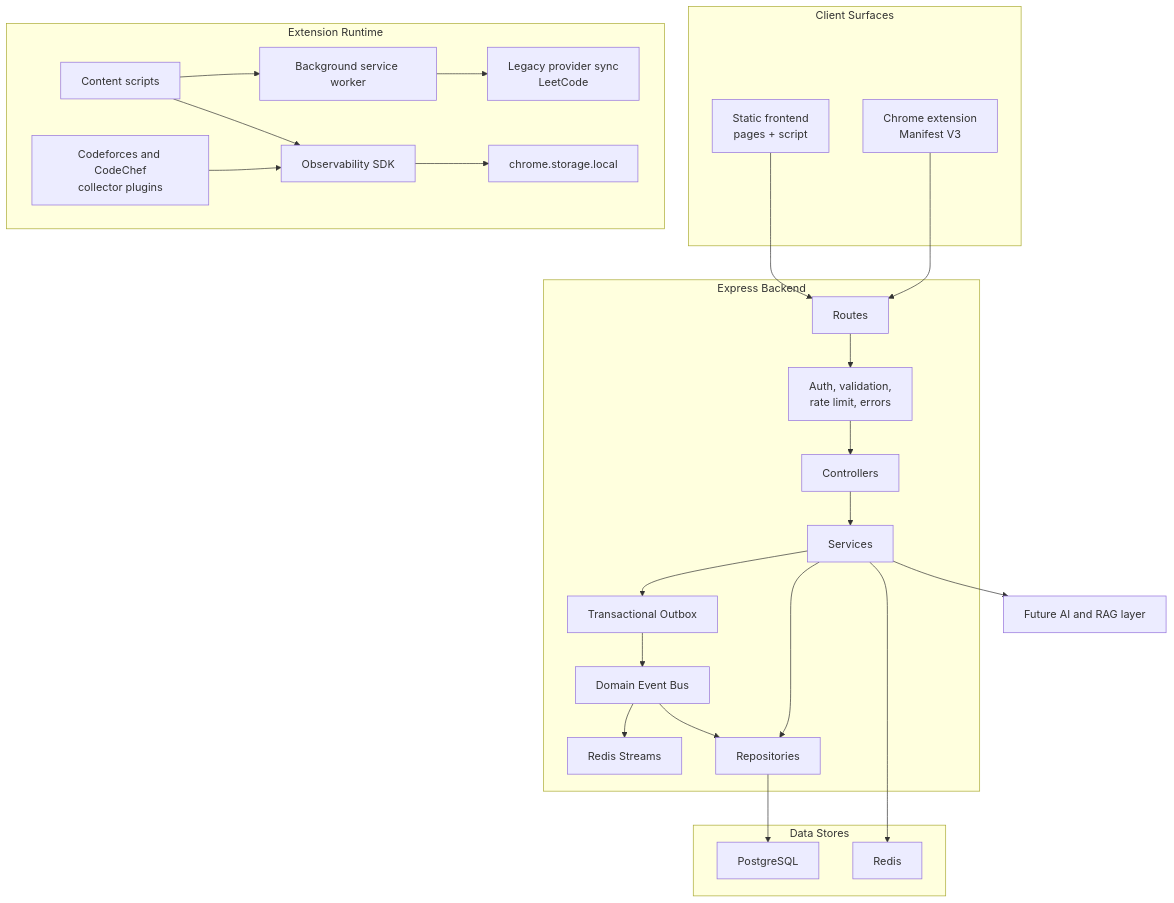
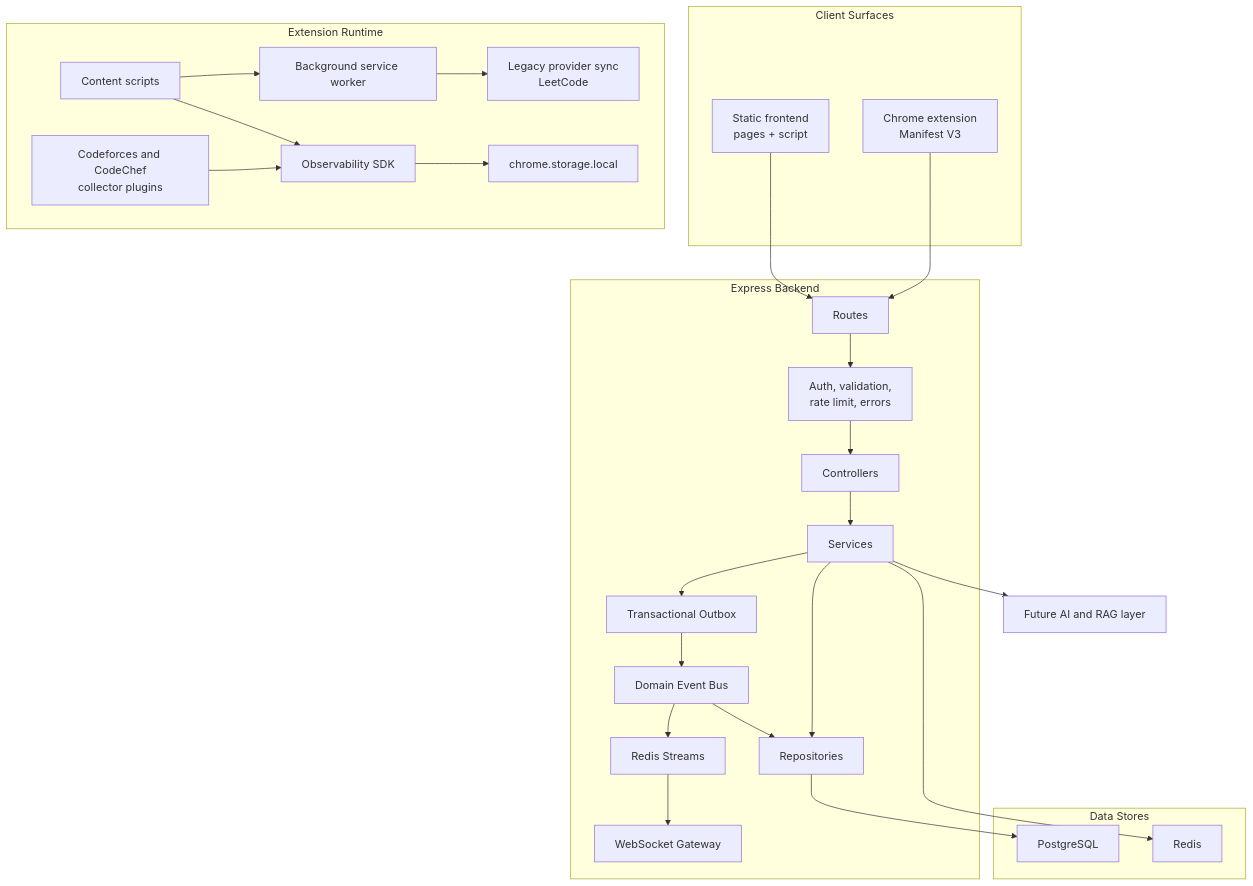
The first of 2 diagrams in docs/architecture/system-overview.md (Absosh/CPInsight), drawn with Mermaid before and after one commit. The commit also changed other lines of this file and 27 other files, not shown here.

Commit message:
feat(realtime): add redis-backed websocket gateway

````diff
--- a/docs/architecture/system-overview.md
+++ b/docs/architecture/system-overview.md
@@ -9,53 +9,55 @@
 ```mermaid
 flowchart TB
   subgraph Client["Client Surfaces"]
     Frontend["Static frontend\npages + script"]
     Extension["Chrome extension\nManifest V3"]
   end
 
   subgraph ExtensionRuntime["Extension Runtime"]
     SW["Background service worker"]
     Content["Content scripts"]
     Providers["Legacy provider sync\nLeetCode"]
     SDK["Observability SDK"]
     Collectors["Codeforces and CodeChef\ncollector plugins"]
     ChromeStorage["chrome.storage.local"]
   end
 
   subgraph API["Express Backend"]
     Routes["Routes"]
     Controllers["Controllers"]
     Services["Services"]
     Outbox["Transactional Outbox"]
     DomainBus["Domain Event Bus"]
     RedisEvents["Redis Streams"]
+    Realtime["WebSocket Gateway"]
     Repositories["Repositories"]
     Middleware["Auth, validation,\nrate limit, errors"]
   end
 
   subgraph Data["Data Stores"]
     Postgres["PostgreSQL"]
     Redis["Redis"]
   end
 
   FutureAI["Future AI and RAG layer"]
 
   Frontend --> Routes
   Extension --> Routes
   Content --> SW
   Content --> SDK
   Collectors --> SDK
   SDK --> ChromeStorage
   SW --> Providers
   Routes --> Middleware
   Middleware --> Controllers
   Controllers --> Services
   Services --> Outbox
   Outbox --> DomainBus
   DomainBus --> RedisEvents
+  RedisEvents --> Realtime
   DomainBus --> Repositories
   Services --> Repositories
   Repositories --> Postgres
   Services --> Redis
   Services --> FutureAI
 ```
````
